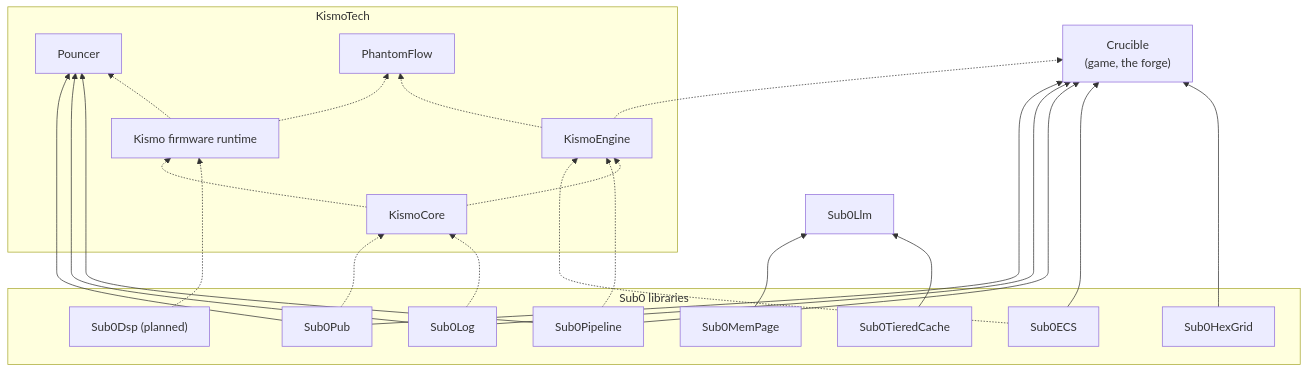
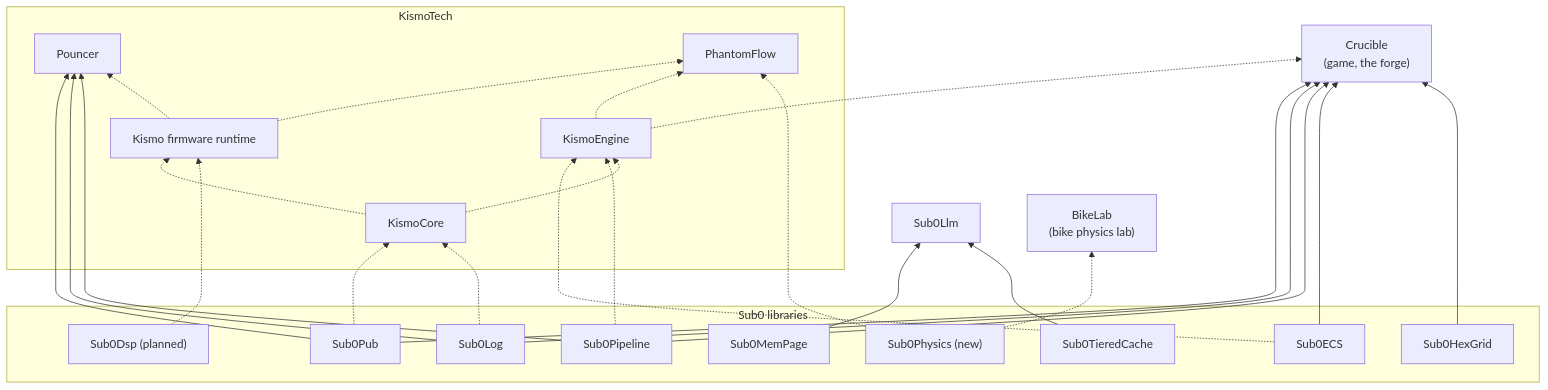
One commit to CraigHutchinson/.github changed the diagram in docs/users.md. Above: the diagram before and after it, drawn with Mermaid. The commit also changed other lines of this file and 1 other file, not shown here.

Commit message:
Catalog: add Sub0Physics; BikeLab and PhantomFlow as its users

````diff
--- a/docs/users.md
+++ b/docs/users.md
@@ -6,46 +6,50 @@
 ```mermaid
 flowchart BT
   subgraph sub0["Sub0 libraries"]
     Pub[Sub0Pub]
     Log[Sub0Log]
     Pipe[Sub0Pipeline]
     ECS[Sub0ECS]
     Hex[Sub0HexGrid]
     Mem[Sub0MemPage]
     Cache[Sub0TieredCache]
     Dsp["Sub0Dsp (planned)"]
+    Phys["Sub0Physics (new)"]
   end
 
   Llm[Sub0Llm]
+  BikeLab["BikeLab<br/>(bike physics lab)"]
   Crucible["Crucible<br/>(game, the forge)"]
 
   subgraph kismo["KismoTech"]
     Core[KismoCore]
     Engine[KismoEngine]
     Fw["Kismo firmware runtime"]
     Pouncer[Pouncer]
     PF[PhantomFlow]
   end
 
   Mem --> Llm
   Cache --> Llm
   Pub --> Crucible
   Log --> Crucible
   Pipe --> Crucible
   ECS --> Crucible
   Hex --> Crucible
   Pub --> Pouncer
   Log --> Pouncer
   Pipe --> Pouncer
   Pub -.-> Core
   Log -.-> Core
   ECS -.-> Engine
   Pipe -.-> Engine
   Core -.-> Engine
   Core -.-> Fw
   Dsp -.-> Fw
   Fw -.-> Pouncer
   Fw -.-> PF
   Engine -.-> PF
   Engine -.-> Crucible
+  Phys -.-> BikeLab
+  Phys -.-> PF
 ```
````
